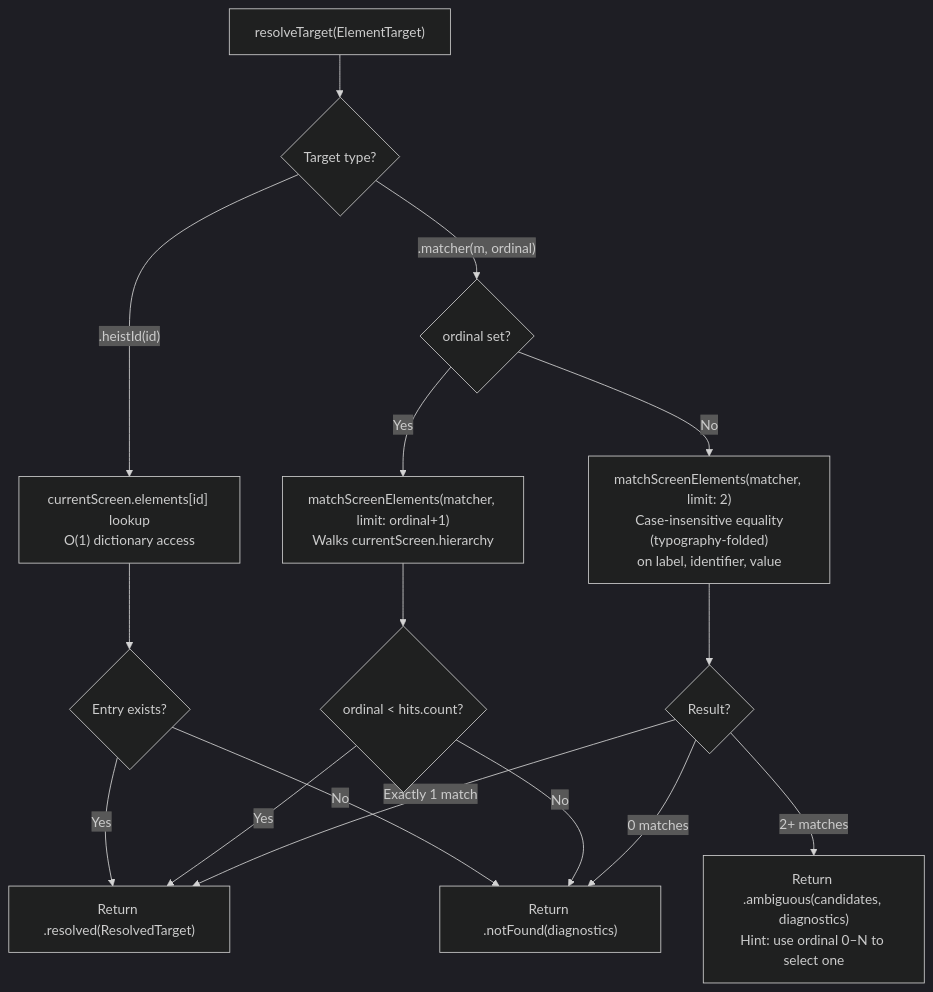
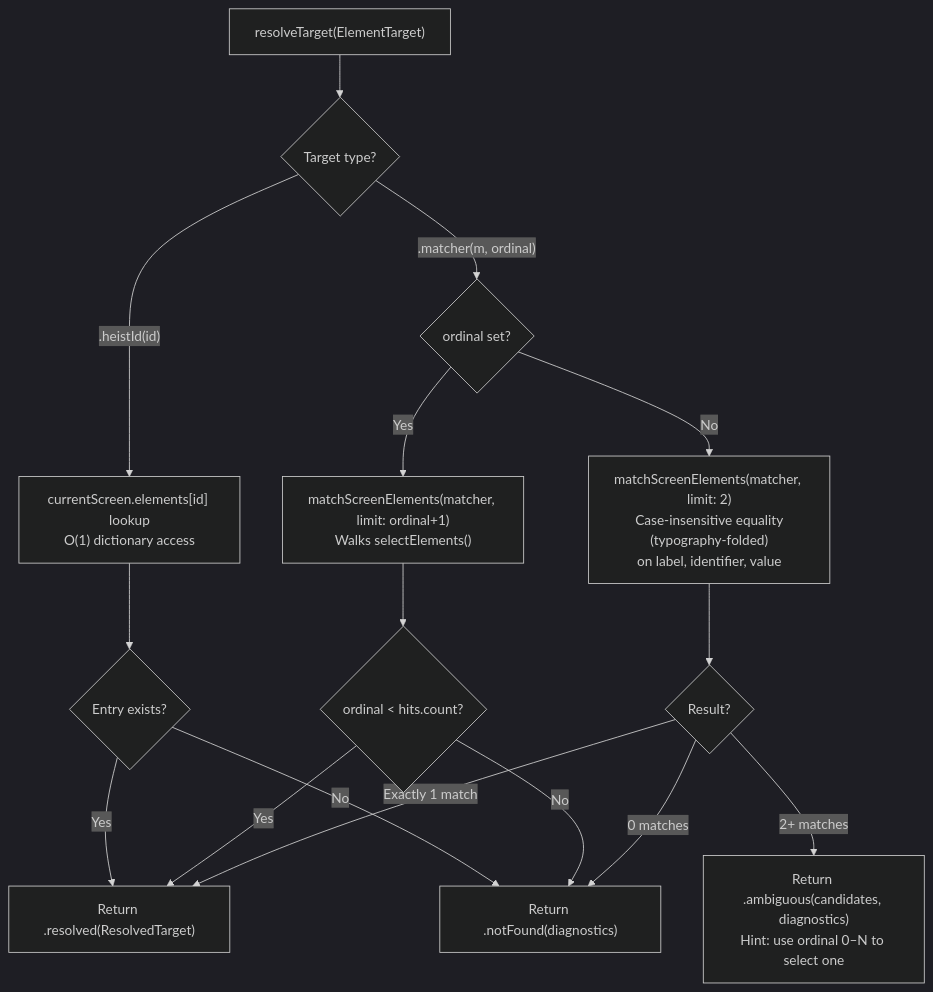
One commit to RoyalPineapple/TheButtonHeist changed the second of 2 diagrams in docs/dossiers/12-UNIFIED-TARGETING.md. Above: the diagram before and after it, drawn with Mermaid (dark theme). The commit also changed other lines of this file and 6 other files, not shown here.

````diff
--- a/docs/dossiers/12-UNIFIED-TARGETING.md
+++ b/docs/dossiers/12-UNIFIED-TARGETING.md
@@ -118,20 +118,20 @@
 ```mermaid
 flowchart TD
     A["resolveTarget(ElementTarget)"] --> B{Target type?}
     B -->|".heistId(id)"| C["currentScreen.elements[id] lookup<br/>O(1) dictionary access"]
     C --> D{Entry exists?}
     D -->|Yes| E["Return .resolved(ResolvedTarget)"]
     D -->|No| F["Return .notFound(diagnostics)"]
 
     B -->|".matcher(m, ordinal)"| G{ordinal set?}
-    G -->|Yes| ORD["matchScreenElements(matcher, limit: ordinal+1)<br/>Walks currentScreen.hierarchy"]
+    G -->|Yes| ORD["matchScreenElements(matcher, limit: ordinal+1)<br/>Walks selectElements()"]
     ORD --> ORDCHK{ordinal < hits.count?}
     ORDCHK -->|Yes| E
     ORDCHK -->|No| F
 
     G -->|No| H["matchScreenElements(matcher, limit: 2)<br/>Case-insensitive equality<br/>(typography-folded)<br/>on label, identifier, value"]
     H --> I{Result?}
     I -->|Exactly 1 match| E
     I -->|0 matches| F
     I -->|2+ matches| AMB["Return .ambiguous(candidates, diagnostics)<br/>Hint: use ordinal 0–N to select one"]
 ```
````
